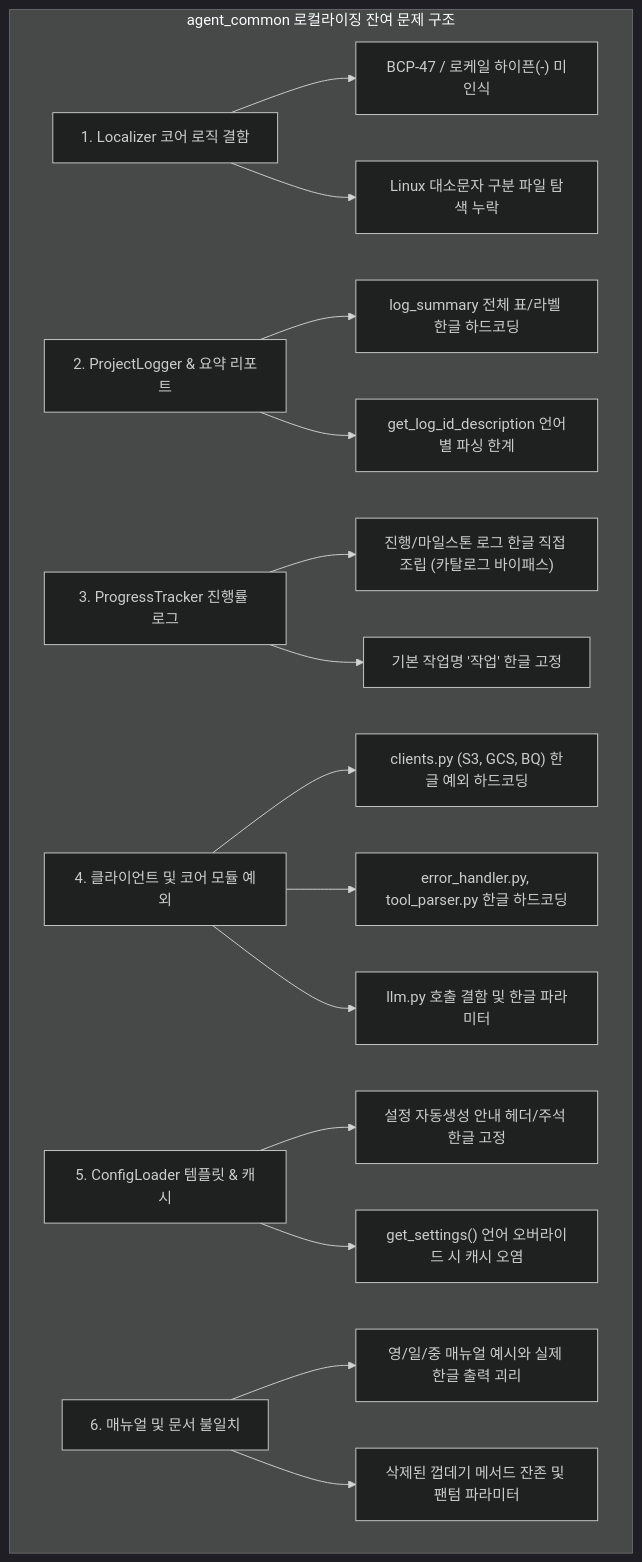
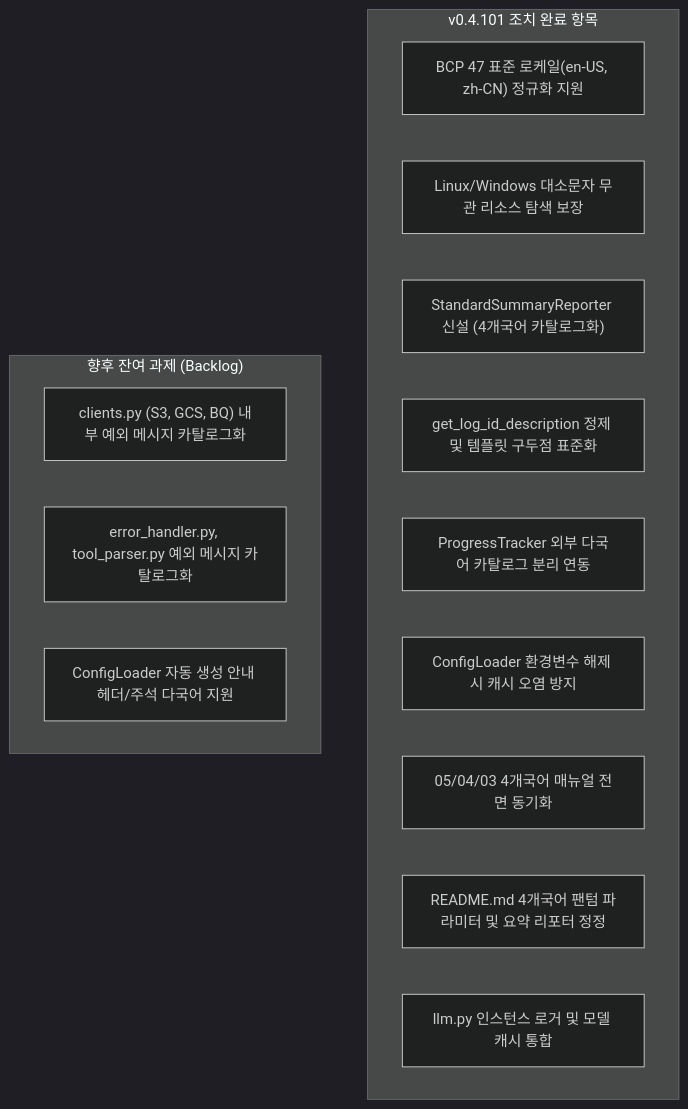
The diagram in LOCALIZE_REMAINING_ISSUES.md (kampores/agent_common), drawn with Mermaid (dark theme) before and after one commit. The commit also changed other lines of this file, not shown here.

Commit message:
0.4.101-remaining_localize_issues

````diff
--- a/LOCALIZE_REMAINING_ISSUES.md
+++ b/LOCALIZE_REMAINING_ISSUES.md
@@ -24,23 +26,20 @@
 ```mermaid
 flowchart TD
-    subgraph Localization_Issues["agent_common 로컬라이징 잔여 문제 구조"]
-        A["1. Localizer 코어 로직 결함"] --> A1["BCP-47 / 로케일 하이픈(-) 미인식"]
-        A --> A2["Linux 대소문자 구분 파일 탐색 누락"]
-        
-        B["2. ProjectLogger & 요약 리포트"] --> B1["log_summary 전체 표/라벨 한글 하드코딩"]
-        B --> B2["get_log_id_description 언어별 파싱 한계"]
-        
-        C["3. ProgressTracker 진행률 로그"] --> C1["진행/마일스톤 로그 한글 직접 조립 (카탈로그 바이패스)"]
-        C --> C2["기본 작업명 '작업' 한글 고정"]
-        
-        D["4. 클라이언트 및 코어 모듈 예외"] --> D1["clients.py (S3, GCS, BQ) 한글 예외 하드코딩"]
-        D --> D2["error_handler.py, tool_parser.py 한글 하드코딩"]
-        D --> D3["llm.py 호출 결함 및 한글 파라미터"]
-        
-        E["5. ConfigLoader 템플릿 & 캐시"] --> E1["설정 자동생성 안내 헤더/주석 한글 고정"]
-        E --> E2["get_settings() 언어 오버라이드 시 캐시 오염"]
-        
-        F["6. 매뉴얼 및 문서 불일치"] --> F1["영/일/중 매뉴얼 예시와 실제 한글 출력 괴리"]
-        F --> F2["삭제된 껍데기 메서드 잔존 및 팬텀 파라미터"]
+    subgraph Resolved_Issues["v0.4.101 조치 완료 항목"]
+        A1["BCP 47 표준 로케일(en-US, zh-CN) 정규화 지원"]
+        A2["Linux/Windows 대소문자 무관 리소스 탐색 보장"]
+        B1["StandardSummaryReporter 신설 (4개국어 카탈로그화)"]
+        B2["get_log_id_description 정제 및 템플릿 구두점 표준화"]
+        C1["ProgressTracker 외부 다국어 카탈로그 분리 연동"]
+        E2["ConfigLoader 환경변수 해제 시 캐시 오염 방지"]
+        F1["05/04/03 4개국어 매뉴얼 전면 동기화"]
+        F2["README.md 4개국어 팬텀 파라미터 및 요약 리포터 정정"]
+        D3["llm.py 인스턴스 로거 및 모델 캐시 통합"]
+    end
+
+    subgraph Remaining_Issues["향후 잔여 과제 (Backlog)"]
+        D1["clients.py (S3, GCS, BQ) 내부 예외 메시지 카탈로그화"]
+        D2["error_handler.py, tool_parser.py 예외 메시지 카탈로그화"]
+        E1["ConfigLoader 자동 생성 안내 헤더/주석 다국어 지원"]
     end
 ```
````
